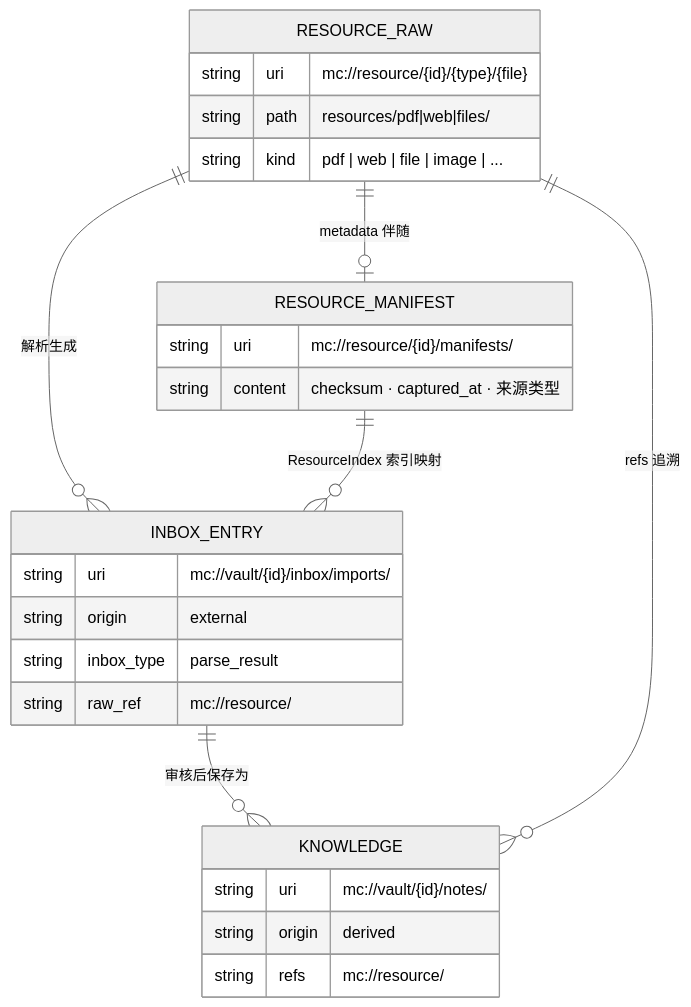
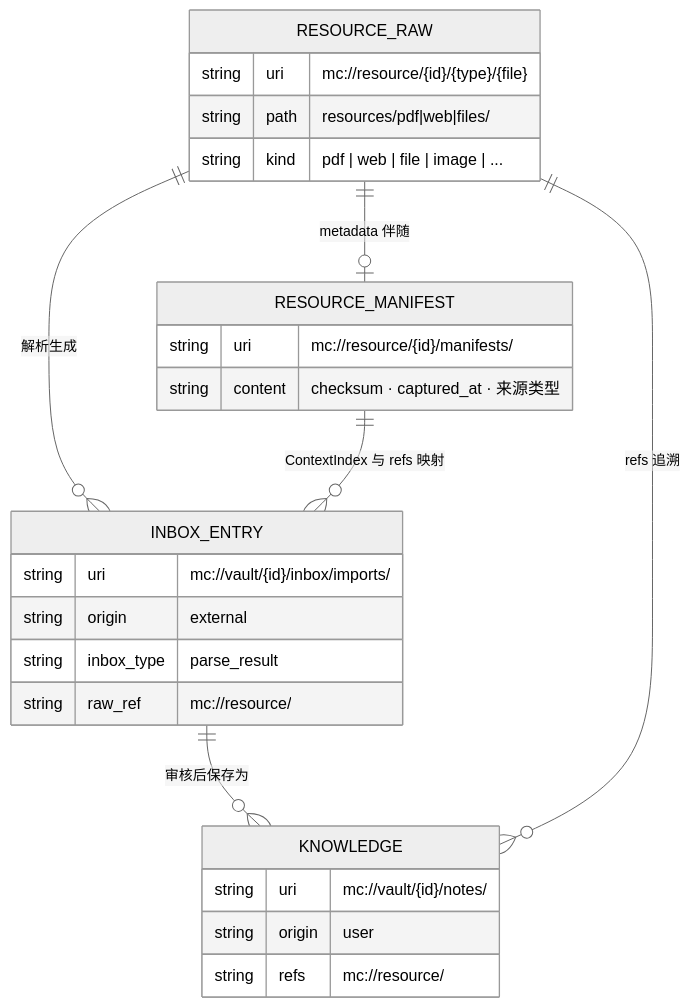
Before and after one commit to zhuxining/MindClaw: the first of 4 diagrams in docs/architecture/06-storage.md, drawn with Mermaid (neutral theme). The commit also changed other lines of this file and 17 other files, not shown here.

Commit message:
Refine architecture docs for vault-backed config

````diff
--- a/docs/architecture/06-storage.md
+++ b/docs/architecture/06-storage.md
@@ -72,32 +72,32 @@
 ```mermaid
 erDiagram
     RESOURCE_RAW ||--o| RESOURCE_MANIFEST : "metadata 伴随"
     RESOURCE_RAW ||--o{ INBOX_ENTRY : "解析生成"
-    RESOURCE_MANIFEST ||--o{ INBOX_ENTRY : "ResourceIndex 索引映射"
+    RESOURCE_MANIFEST ||--o{ INBOX_ENTRY : "ContextIndex 与 refs 映射"
     INBOX_ENTRY ||--o{ KNOWLEDGE : "审核后保存为"
     KNOWLEDGE }o--|| RESOURCE_RAW : "refs 追溯"
 
     RESOURCE_RAW {
         string uri "mc://resource/{id}/{type}/{file}"
         string path "resources/pdf|web|files/"
         string kind "pdf | web | file | image | ..."
     }
 
     RESOURCE_MANIFEST {
         string uri "mc://resource/{id}/manifests/"
         string content "checksum · captured_at · 来源类型"
     }
 
     INBOX_ENTRY {
         string uri "mc://vault/{id}/inbox/imports/"
         string origin "external"
         string inbox_type "parse_result"
         string raw_ref "mc://resource/"
     }
 
     KNOWLEDGE {
         string uri "mc://vault/{id}/notes/"
-        string origin "derived"
+        string origin "user"
         string refs "mc://resource/"
     }
 ```
````
